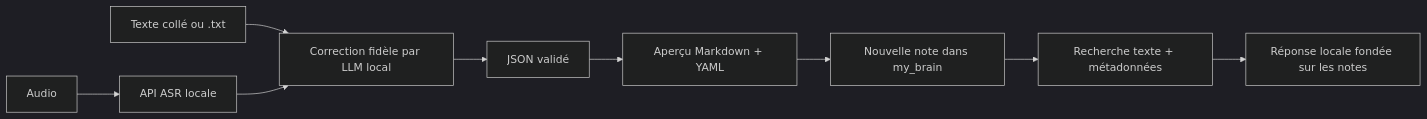
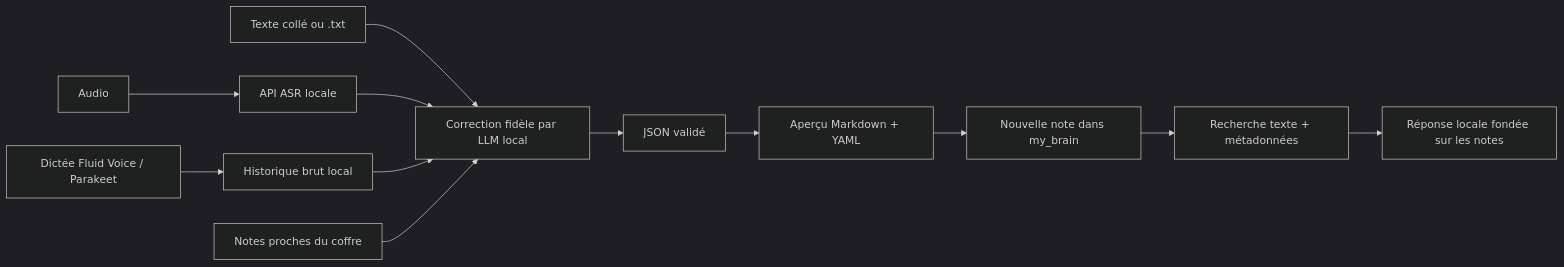
Before and after one commit to Dmkn78/CLI_agent_dev: the diagram in docs/MY_BRAIN.md, drawn with Mermaid (dark theme). The commit also changed other lines of this file and 153 other files, not shown here.

````diff
--- a/docs/MY_BRAIN.md
+++ b/docs/MY_BRAIN.md
@@ -46,11 +128,14 @@
 ```mermaid
 flowchart LR
   A[Audio] --> B[API ASR locale]
   T[Texte collé ou .txt] --> C[Correction fidèle par LLM local]
   B --> C
+  V[Dictée Fluid Voice / Parakeet] --> I[Historique brut local]
+  I --> C
+  N[Notes proches du coffre] --> C
   C --> D[JSON validé]
   D --> E[Aperçu Markdown + YAML]
   E --> F[Nouvelle note dans my_brain]
   F --> G[Recherche texte + métadonnées]
   G --> H[Réponse locale fondée sur les notes]
 ```
````
